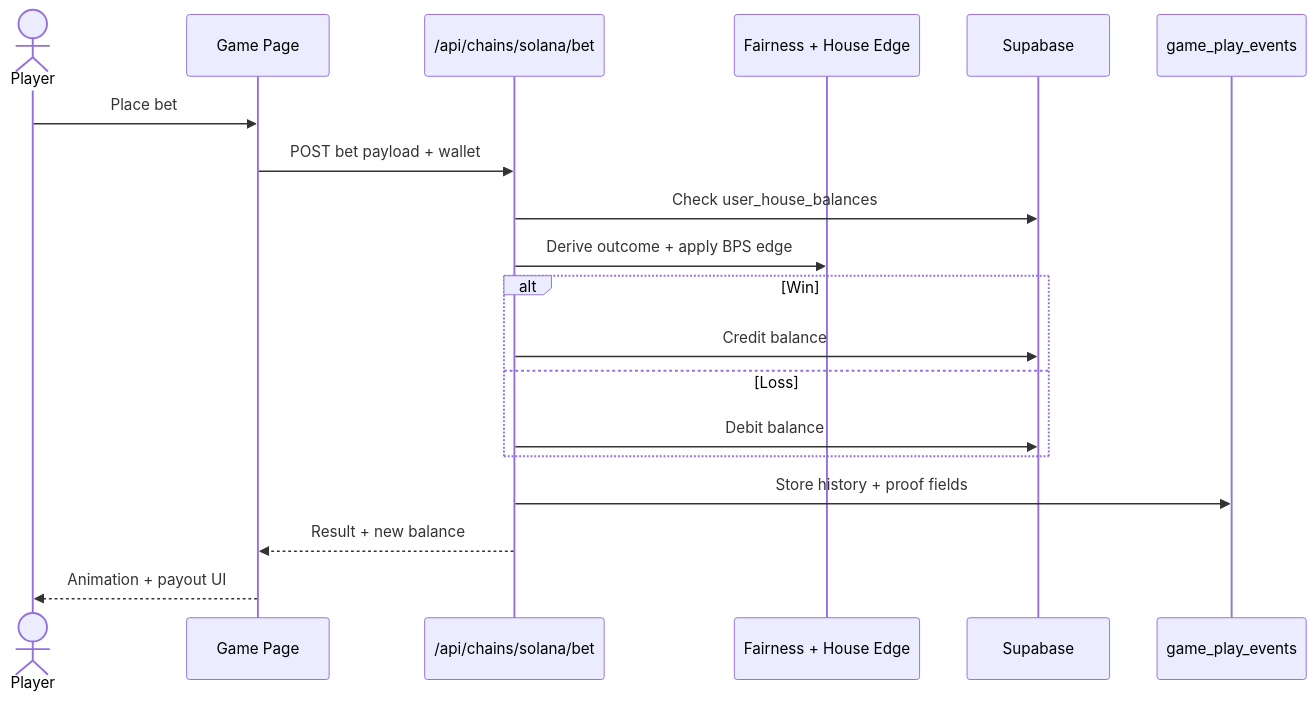
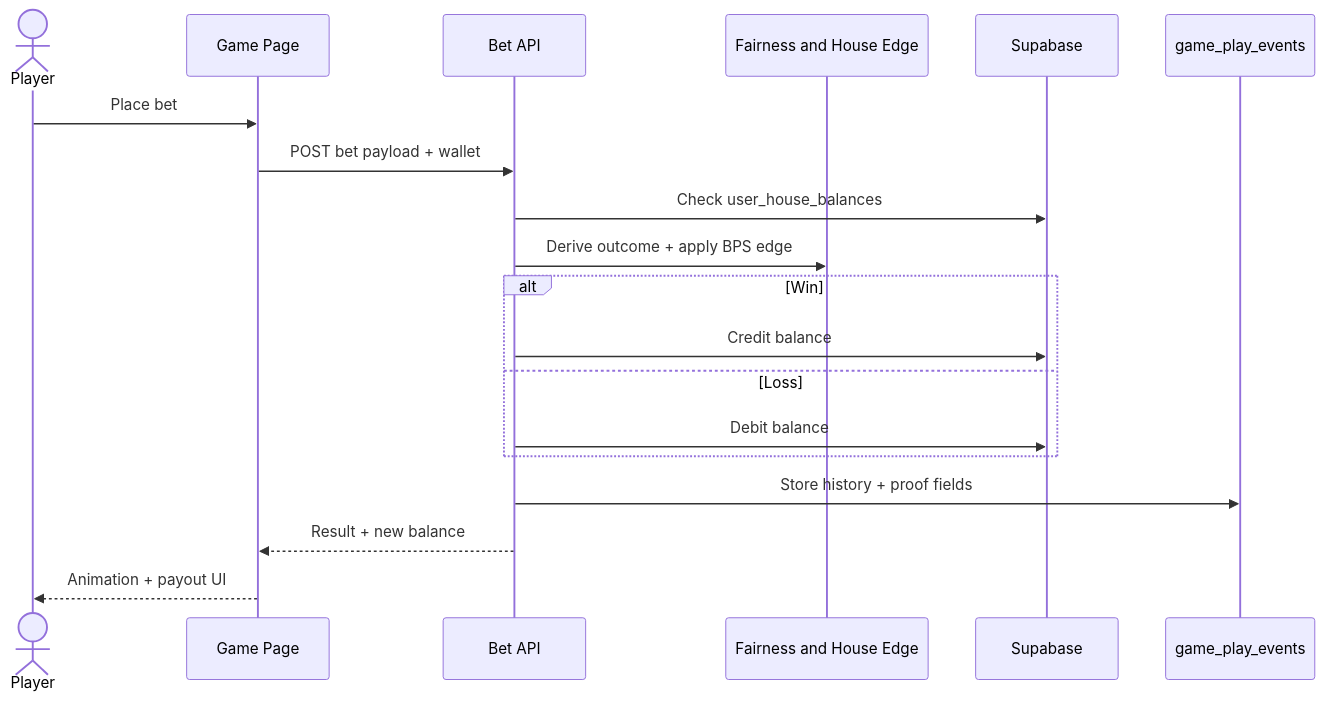
One commit to AmaanSayyad/apt-casino changed the third of 6 diagrams in README.md. Above: the diagram before and after it, drawn with Mermaid. The commit also changed other lines of this file and 5 other files, not shown here.

First line of the commit message:
docs: fix Mermaid diagrams for GitHub rendering

````diff
--- a/README.md
+++ b/README.md
@@ -144,22 +144,22 @@
 ```mermaid
 sequenceDiagram
     actor Player
     participant Game as Game Page
-    participant API as /api/chains/solana/bet
-    participant Fair as Fairness + House Edge
+    participant API as Bet API
+    participant Fair as Fairness and House Edge
     participant DB as Supabase
     participant Log as game_play_events
 
     Player->>Game: Place bet
     Game->>API: POST bet payload + wallet
     API->>DB: Check user_house_balances
     API->>Fair: Derive outcome + apply BPS edge
     alt Win
         API->>DB: Credit balance
     else Loss
         API->>DB: Debit balance
     end
     API->>Log: Store history + proof fields
     API-->>Game: Result + new balance
     Game-->>Player: Animation + payout UI
 ```
````
